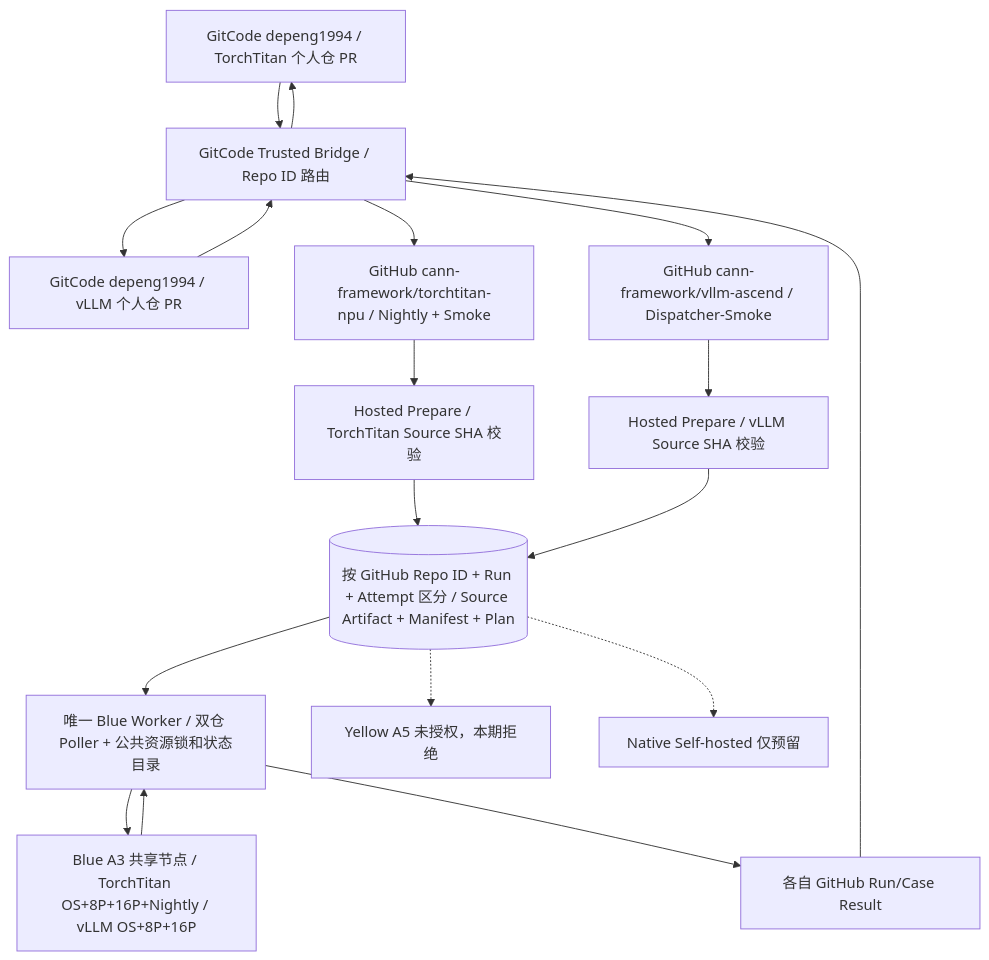
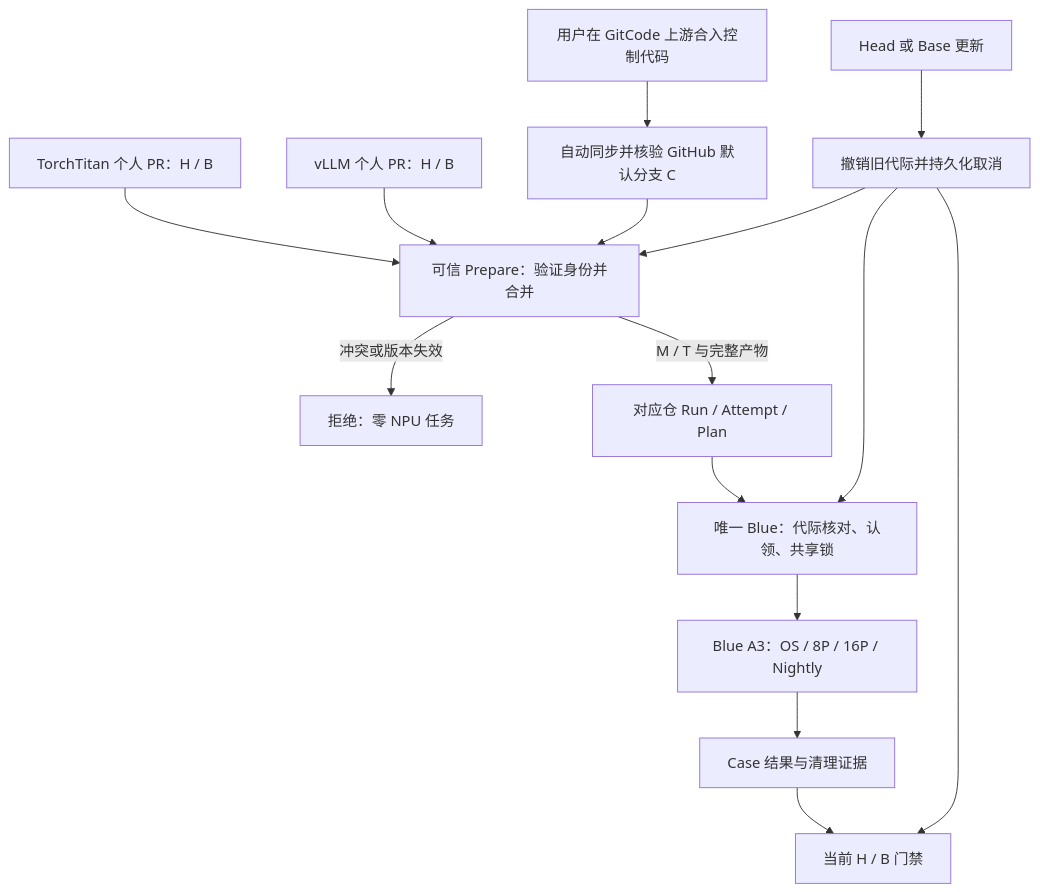
Before and after one commit to depeng1994/lite-actions: the first of 2 diagrams in docs/gitcode-forward-design.md, drawn with Mermaid. The commit also changed other lines of this file, not shown here.

Commit message:
docs: adopt upstream-owned CI and latest-base merge validation

````diff
--- a/docs/gitcode-forward-design.md
+++ b/docs/gitcode-forward-design.md
@@ -151,20 +134,17 @@
 ```mermaid
 flowchart TB
-  T["GitCode depeng1994 / TorchTitan 个人仓 PR"] --> B["GitCode Trusted Bridge / Repo ID 路由"]
-  V["GitCode depeng1994 / vLLM 个人仓 PR"] --> B
-  B --> G1["GitHub cann-framework/torchtitan-npu / Nightly + Smoke"]
-  B --> G2["GitHub cann-framework/vllm-ascend / Dispatcher-Smoke"]
-  G1 --> P1["Hosted Prepare / TorchTitan Source SHA 校验"]
-  G2 --> P2["Hosted Prepare / vLLM Source SHA 校验"]
-  P1 --> A[("按 GitHub Repo ID + Run + Attempt 区分 / Source Artifact + Manifest + Plan")]
-  P2 --> A
-  A --> W["唯一 Blue Worker / 双仓 Poller + 公共资源锁和状态目录"]
-  W --> N["Blue A3 共享节点 / TorchTitan OS+8P+16P+Nightly / vLLM OS+8P+16P"]
-  N --> W
-  W --> R["各自 GitHub Run/Case Result"]
-  R --> B
-  B --> T
-  B --> V
-  A -.-> Y["Yellow A5 未授权，本期拒绝"]
-  A -.-> H["Native Self-hosted 仅预留"]
+  U["用户在 GitCode 上游合入控制代码"] --> S["自动同步并核验 GitHub 默认分支 C"]
+  T["TorchTitan 个人 PR：H / B"] --> P["可信 Prepare：验证身份并合并"]
+  V["vLLM 个人 PR：H / B"] --> P
+  S --> P
+  P -->|冲突或版本失效| F["拒绝：零 NPU 任务"]
+  P -->|M / T 与完整产物| A["对应仓 Run / Attempt / Plan"]
+  A --> W["唯一 Blue：代际核对、认领、共享锁"]
+  W --> N["Blue A3：OS / 8P / 16P / Nightly"]
+  N --> R["Case 结果与清理证据"]
+  R --> G["当前 H / B 门禁"]
+  E["Head 或 Base 更新"] --> X["撤销旧代际并持久化取消"]
+  X --> W
+  X --> G
+  X --> P
 ```
````
